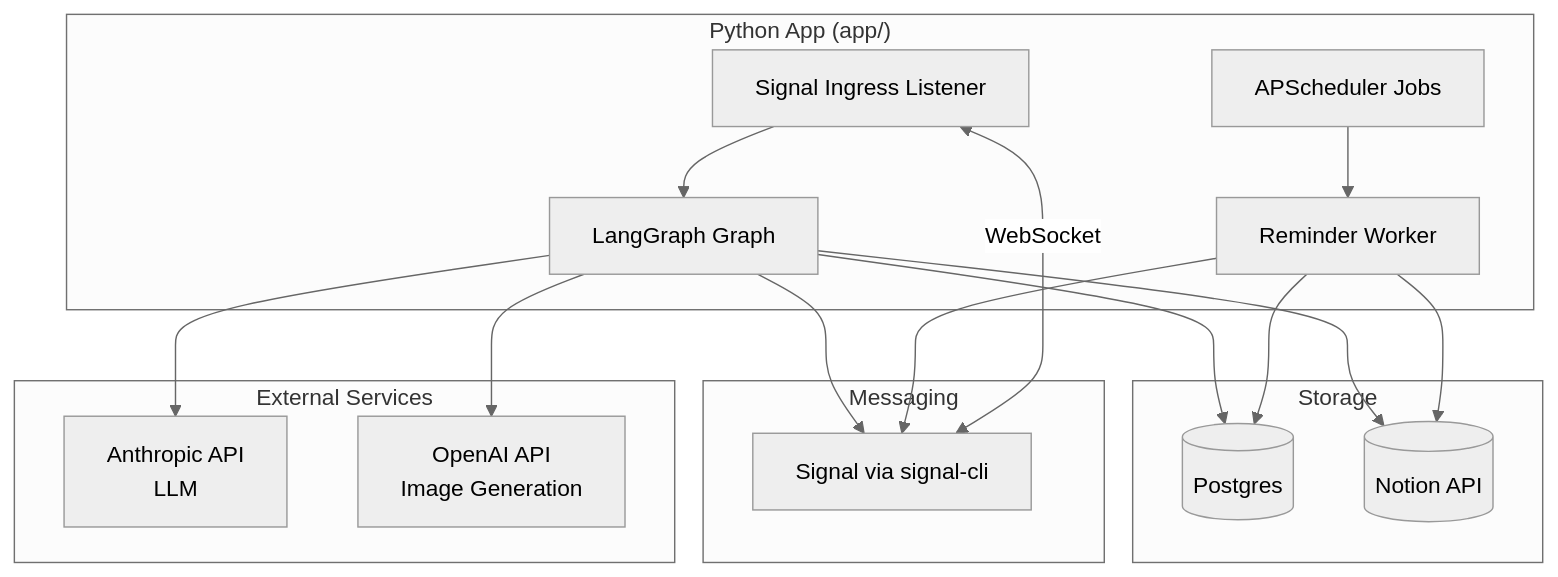
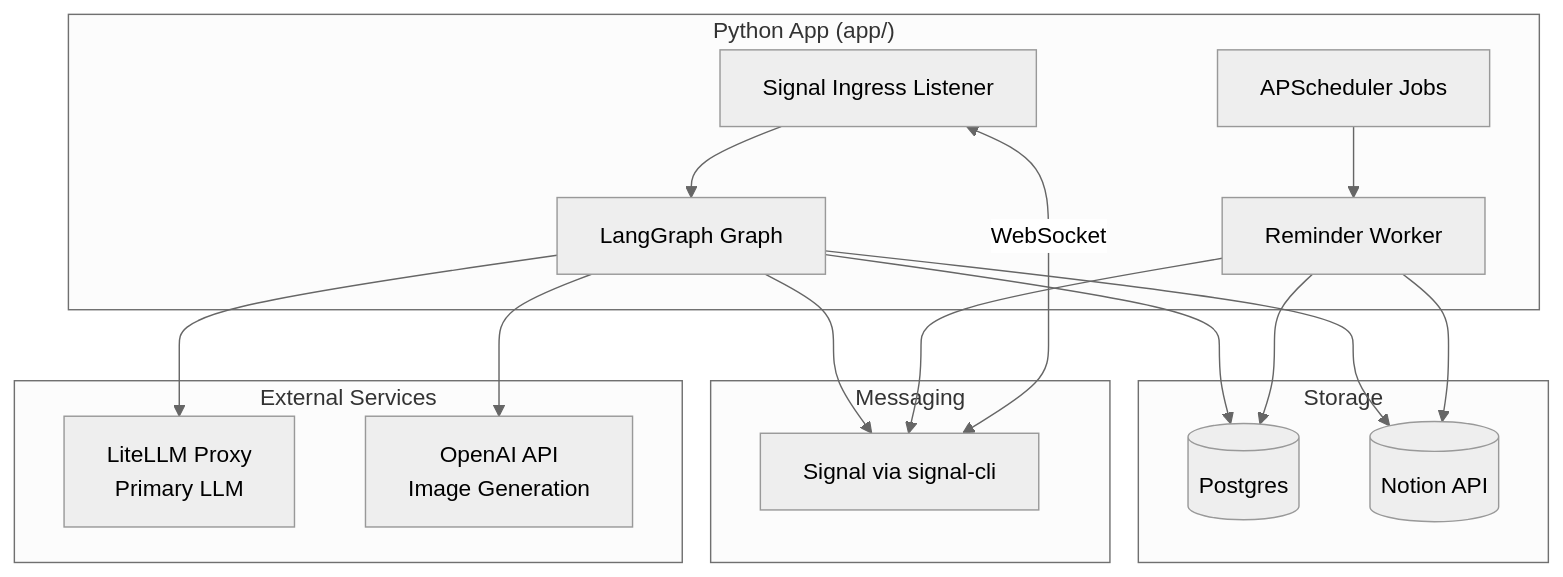
The diagram in docs/architecture.md (NickBorgersProbably/hide-my-list), drawn with Mermaid (neutral theme) before and after one commit. The commit also changed other lines of this file and 17 other files, not shown here.

Commit message:
chore: rename LLM proxy env vars

````diff
--- a/docs/architecture.md
+++ b/docs/architecture.md
@@ -31,37 +31,37 @@
 ```mermaid
 flowchart TB
     subgraph App["Python App (app/)"]
         Ingress[Signal Ingress Listener]
         Graph[LangGraph Graph]
         Scheduler[APScheduler Jobs]
         Worker[Reminder Worker]
     end
 
     subgraph Storage["Storage"]
         Postgres[(Postgres)]
         Notion[(Notion API)]
     end
 
     subgraph Messaging["Messaging"]
         Signal[Signal via signal-cli]
     end
 
     subgraph External["External Services"]
-        Anthropic[Anthropic API<br/>LLM]
+        LLMProxy[LiteLLM Proxy<br/>Primary LLM]
         OpenAI[OpenAI API<br/>Image Generation]
     end
 
     Signal <-->|WebSocket| Ingress
     Ingress --> Graph
     Graph --> Notion
     Graph --> Postgres
     Graph --> Signal
 
     Scheduler --> Worker
     Worker --> Postgres
     Worker --> Signal
     Worker --> Notion
 
-    Graph --> Anthropic
+    Graph --> LLMProxy
     Graph --> OpenAI
 ```
````
